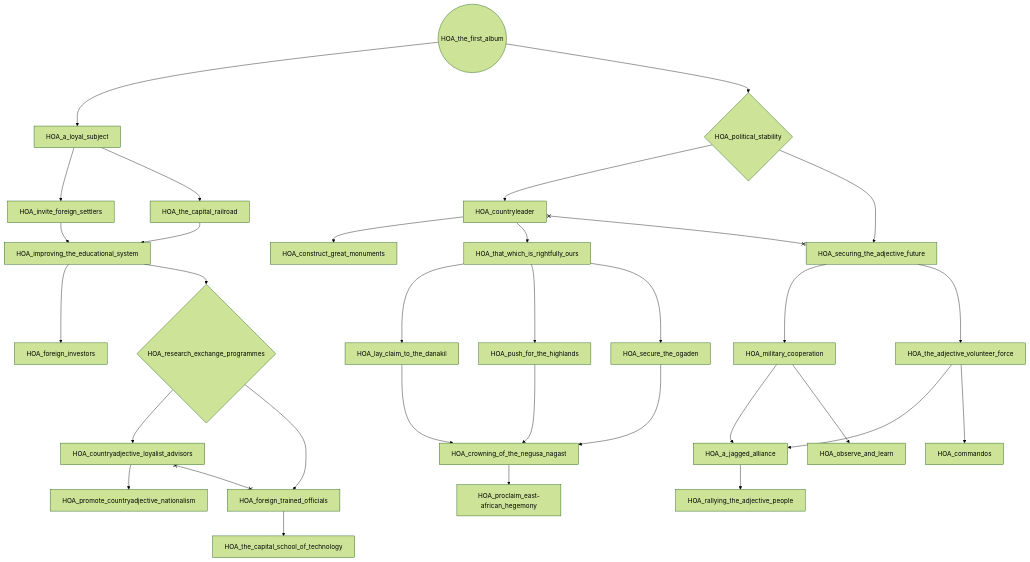
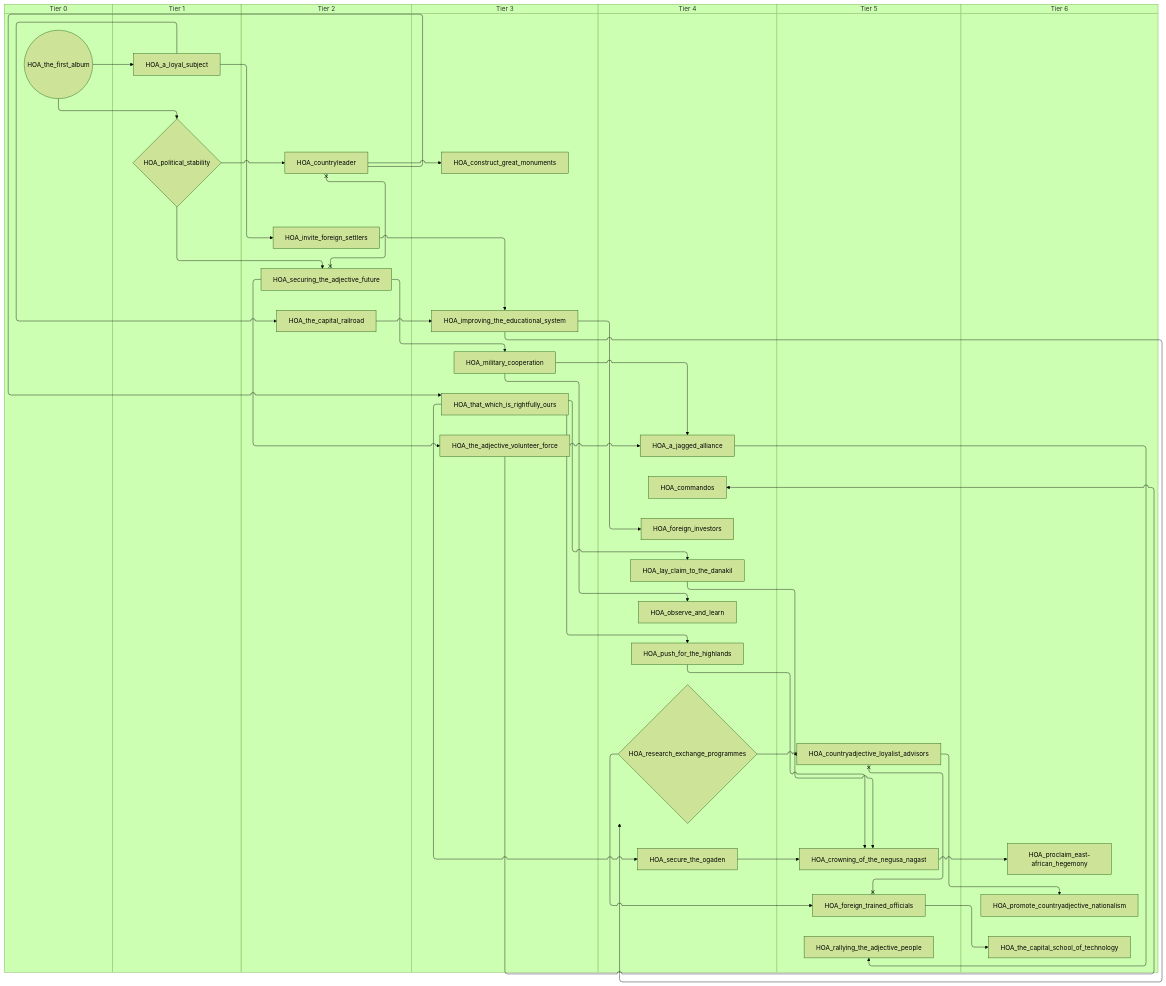
The third of 3 diagrams in docs/gdd/National Focuses/horn_of_africa.md (evgeny-sobol/hoi4-sandbox-mode-r56), drawn with Mermaid (forest theme) before and after one commit. The commit also changed other lines of this file and 423 other files, not shown here.

First line of the commit message:
Re-export Rt56 focus trees as swimlane diagrams

````diff
--- a/docs/gdd/National Focuses/horn_of_africa.md
+++ b/docs/gdd/National Focuses/horn_of_africa.md
@@ -83,62 +113,76 @@
 ```mermaid
-flowchart TD
-    n31["HOA_a_jagged_alliance"]
-    n32["HOA_a_loyal_subject"]
-    n33["HOA_commandos"]
-    n34["HOA_construct_great_monuments"]
-    n35["HOA_countryadjective_loyalist_advisors"]
-    n36["HOA_countryleader"]
-    n37["HOA_crowning_of_the_negusa_nagast"]
-    n38["HOA_foreign_investors"]
-    n39["HOA_foreign_trained_officials"]
-    n40["HOA_improving_the_educational_system"]
-    n41["HOA_invite_foreign_settlers"]
-    n42["HOA_lay_claim_to_the_danakil"]
-    n43["HOA_military_cooperation"]
-    n44["HOA_observe_and_learn"]
-    n45{"HOA_political_stability"}
-    n46["HOA_proclaim_east-african_hegemony"]
-    n47["HOA_promote_countryadjective_nationalism"]
-    n48["HOA_push_for_the_highlands"]
-    n49["HOA_rallying_the_adjective_people"]
-    n50{"HOA_research_exchange_programmes"}
-    n51["HOA_secure_the_ogaden"]
-    n52["HOA_securing_the_adjective_future"]
-    n53["HOA_that_which_is_rightfully_ours"]
-    n54["HOA_the_adjective_volunteer_force"]
-    n55["HOA_the_capital_railroad"]
-    n56["HOA_the_capital_school_of_technology"]
-    n57(("HOA_the_first_album"))
-    n54 --> n31
-    n43 --> n31
-    n57 --> n32
-    n54 --> n33
-    n36 --> n34
-    n50 --> n35
-    n45 --> n36
-    n48 --> n37
-    n51 --> n37
-    n42 --> n37
-    n40 --> n38
-    n50 --> n39
-    n55 --> n40
-    n41 --> n40
-    n32 --> n41
-    n53 --> n42
-    n52 --> n43
-    n43 --> n44
-    n57 --> n45
-    n37 --> n46
-    n35 --> n47
-    n53 --> n48
-    n31 --> n49
-    n40 --> n50
-    n53 --> n51
-    n45 --> n52
-    n36 --> n53
-    n52 --> n54
-    n32 --> n55
-    n39 --> n56
-    n35 x--x n39
-    n36 x--x n52
+swimlane-beta TD
+    subgraph tier_0["Tier 0"]
+        n31(("HOA_the_first_album"))
+    end
+    subgraph tier_1["Tier 1"]
+        n32["HOA_a_loyal_subject"]
+        n33{"HOA_political_stability"}
+    end
+    subgraph tier_2["Tier 2"]
+        n34["HOA_countryleader"]
+        n35["HOA_invite_foreign_settlers"]
+        n36["HOA_securing_the_adjective_future"]
+        n37["HOA_the_capital_railroad"]
+    end
+    subgraph tier_3["Tier 3"]
+        n38["HOA_construct_great_monuments"]
+        n39["HOA_improving_the_educational_system"]
+        n40["HOA_military_cooperation"]
+        n41["HOA_that_which_is_rightfully_ours"]
+        n42["HOA_the_adjective_volunteer_force"]
+    end
+    subgraph tier_4["Tier 4"]
+        n43["HOA_a_jagged_alliance"]
+        n44["HOA_commandos"]
+        n45["HOA_foreign_investors"]
+        n46["HOA_lay_claim_to_the_danakil"]
+        n47["HOA_observe_and_learn"]
+        n48["HOA_push_for_the_highlands"]
+        n49{"HOA_research_exchange_programmes"}
+        n50["HOA_secure_the_ogaden"]
+    end
+    subgraph tier_5["Tier 5"]
+        n51["HOA_countryadjective_loyalist_advisors"]
+        n52["HOA_crowning_of_the_negusa_nagast"]
+        n53["HOA_foreign_trained_officials"]
+        n54["HOA_rallying_the_adjective_people"]
+    end
+    subgraph tier_6["Tier 6"]
+        n55["HOA_proclaim_east-african_hegemony"]
+        n56["HOA_promote_countryadjective_nationalism"]
+        n57["HOA_the_capital_school_of_technology"]
+    end
+    n42 --> n43
+    n40 --> n43
+    n31 --> n32
+    n42 --> n44
+    n34 --> n38
+    n49 --> n51
+    n33 --> n34
+    n48 --> n52
+    n50 --> n52
+    n46 --> n52
+    n39 --> n45
+    n49 --> n53
+    n37 --> n39
+    n35 --> n39
+    n32 --> n35
+    n41 --> n46
+    n36 --> n40
+    n40 --> n47
+    n31 --> n33
+    n52 --> n55
+    n51 --> n56
+    n41 --> n48
+    n43 --> n54
+    n39 --> n49
+    n41 --> n50
+    n33 --> n36
+    n34 --> n41
+    n36 --> n42
+    n32 --> n37
+    n53 --> n57
+    n51 x--x n53
+    n34 x--x n36
 ```
````
